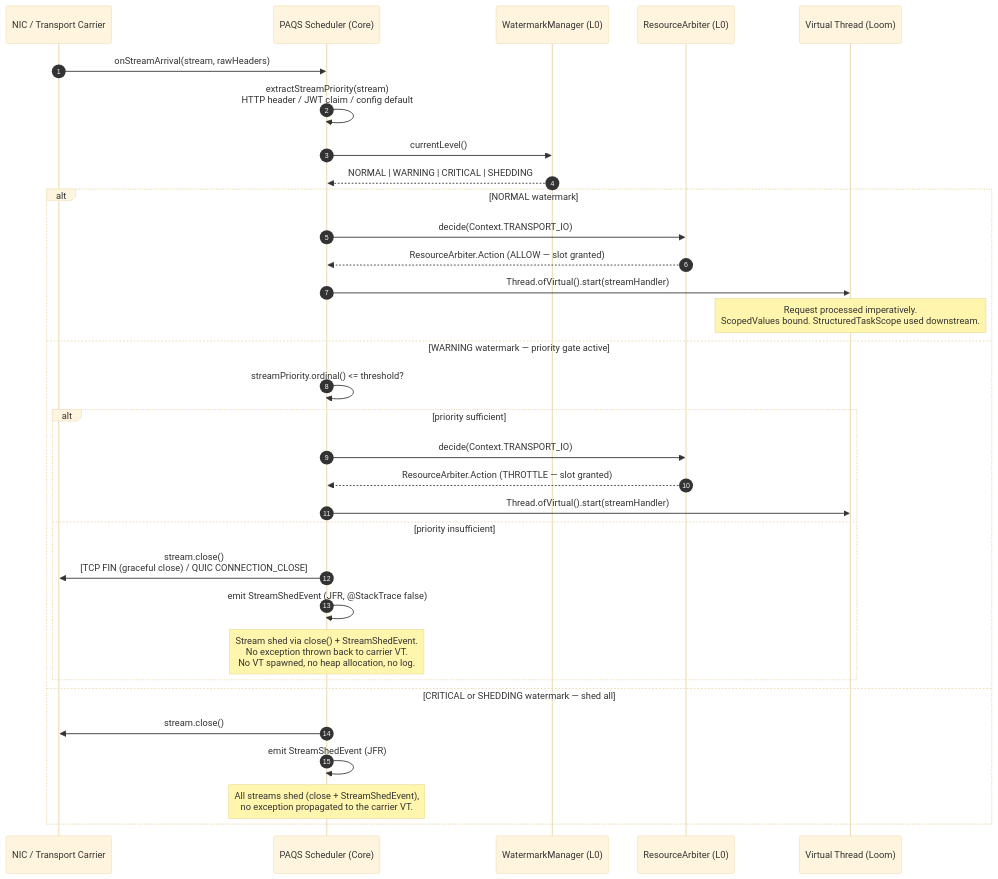
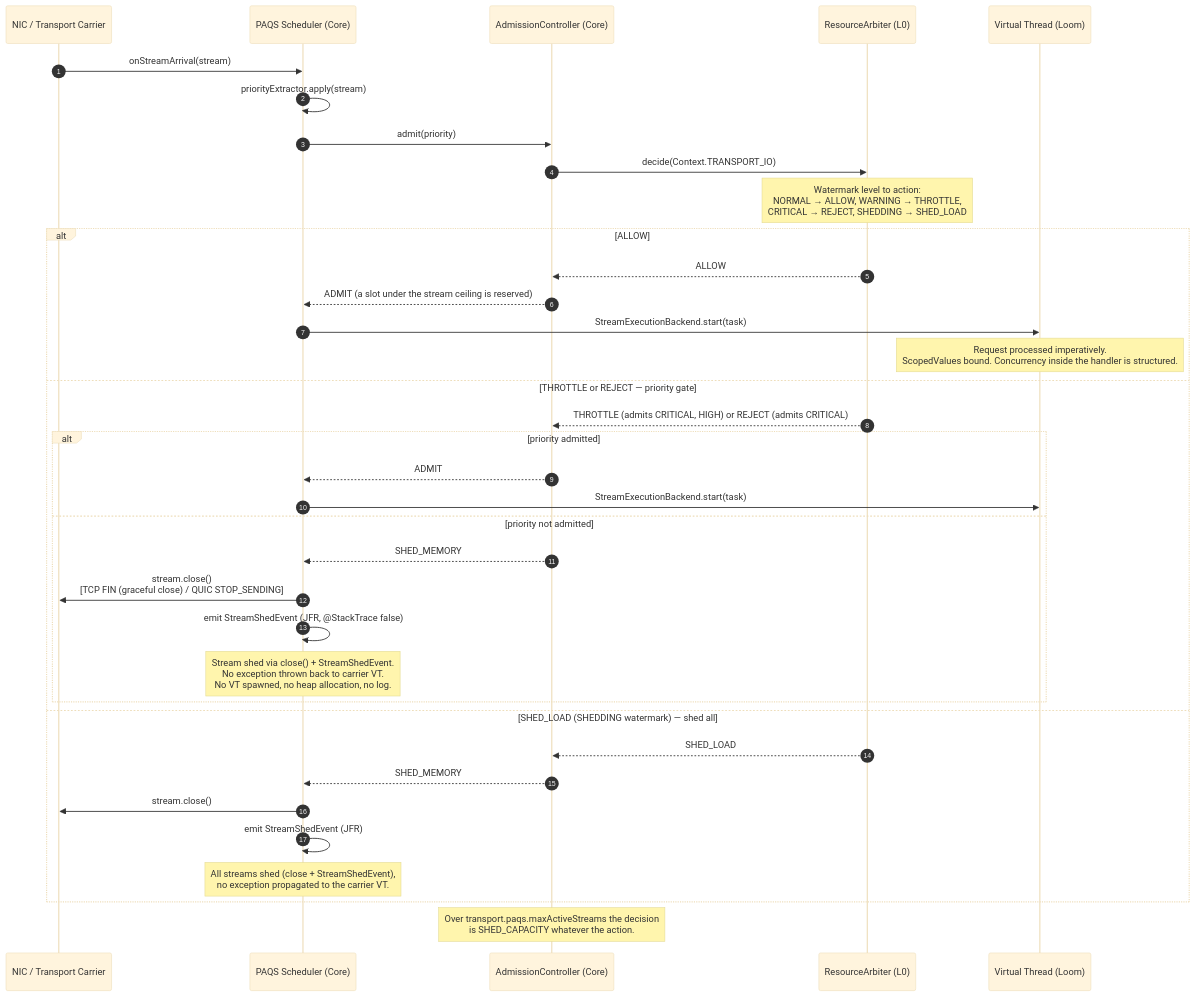
One commit to exeris-systems/exeris-kernel changed the diagram in docs/subsystems/transport.md. Above: the diagram before and after it, drawn with Mermaid (base theme). The commit also changed other lines of this file and 22 other files, not shown here.

````diff
--- a/docs/subsystems/transport.md
+++ b/docs/subsystems/transport.md
@@ -699,37 +699,41 @@
 ```mermaid
 sequenceDiagram
     autonumber
     participant NIC   as NIC / Transport Carrier
     participant PAQS  as PAQS Scheduler (Core)
-    participant WM    as WatermarkManager (L0)
+    participant AC    as AdmissionController (Core)
     participant RA    as ResourceArbiter (L0)
     participant VT    as Virtual Thread (Loom)
 
-    NIC->>PAQS: onStreamArrival(stream, rawHeaders)
-    PAQS->>PAQS: extractStreamPriority(stream)<br/>HTTP header / JWT claim / config default
+    NIC->>PAQS: onStreamArrival(stream)
+    PAQS->>PAQS: priorityExtractor.apply(stream)
 
-    PAQS->>WM: currentLevel()
-    WM-->>PAQS: NORMAL | WARNING | CRITICAL | SHEDDING
+    PAQS->>AC: admit(priority)
+    AC->>RA: decide(Context.TRANSPORT_IO)
+    Note over RA: Watermark level to action:<br/>NORMAL → ALLOW, WARNING → THROTTLE,<br/>CRITICAL → REJECT, SHEDDING → SHED_LOAD
 
-    alt NORMAL watermark
-        PAQS->>RA: decide(Context.TRANSPORT_IO)
-        RA-->>PAQS: ResourceArbiter.Action (ALLOW — slot granted)
-        PAQS->>VT: Thread.ofVirtual().start(streamHandler)
-        Note over VT: Request processed imperatively.<br/>ScopedValues bound. StructuredTaskScope used downstream.
-    else WARNING watermark — priority gate active
-        PAQS->>PAQS: streamPriority.ordinal() <= threshold?
-        alt priority sufficient
-            PAQS->>RA: decide(Context.TRANSPORT_IO)
-            RA-->>PAQS: ResourceArbiter.Action (THROTTLE — slot granted)
-            PAQS->>VT: Thread.ofVirtual().start(streamHandler)
-        else priority insufficient
-            PAQS->>NIC: stream.close()<br/>[TCP FIN (graceful close) / QUIC CONNECTION_CLOSE]
+    alt ALLOW
+        RA-->>AC: ALLOW
+        AC-->>PAQS: ADMIT (a slot under the stream ceiling is reserved)
+        PAQS->>VT: StreamExecutionBackend.start(task)
+        Note over VT: Request processed imperatively.<br/>ScopedValues bound. Concurrency inside the handler is structured.
+    else THROTTLE or REJECT — priority gate
+        RA-->>AC: THROTTLE (admits CRITICAL, HIGH) or REJECT (admits CRITICAL)
+        alt priority admitted
+            AC-->>PAQS: ADMIT
+            PAQS->>VT: StreamExecutionBackend.start(task)
+        else priority not admitted
+            AC-->>PAQS: SHED_MEMORY
+            PAQS->>NIC: stream.close()<br/>[TCP FIN (graceful close) / QUIC STOP_SENDING]
             PAQS->>PAQS: emit StreamShedEvent (JFR, @StackTrace false)
             Note over PAQS: Stream shed via close() + StreamShedEvent.<br/>No exception thrown back to carrier VT.<br/>No VT spawned, no heap allocation, no log.
         end
-    else CRITICAL or SHEDDING watermark — shed all
+    else SHED_LOAD (SHEDDING watermark) — shed all
+        RA-->>AC: SHED_LOAD
+        AC-->>PAQS: SHED_MEMORY
         PAQS->>NIC: stream.close()
         PAQS->>PAQS: emit StreamShedEvent (JFR)
         Note over PAQS: All streams shed (close + StreamShedEvent),<br/>no exception propagated to the carrier VT.
     end
+    Note over AC: Over transport.paqs.maxActiveStreams the decision<br/>is SHED_CAPACITY whatever the action.
 ```
````
